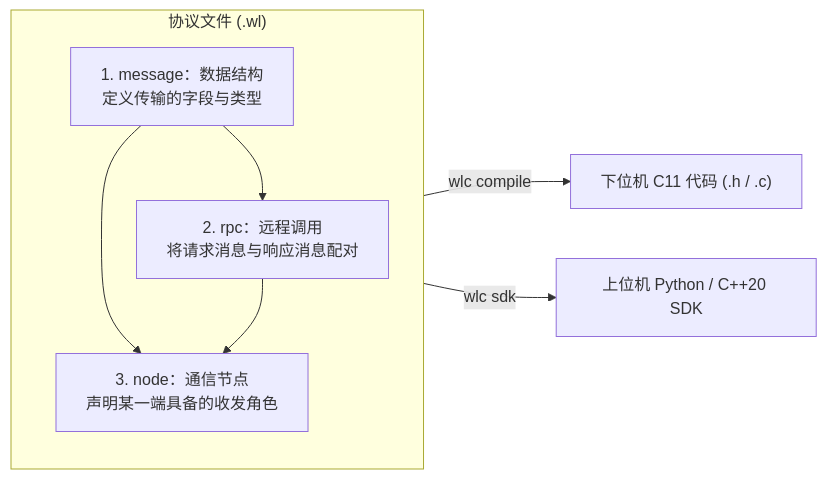
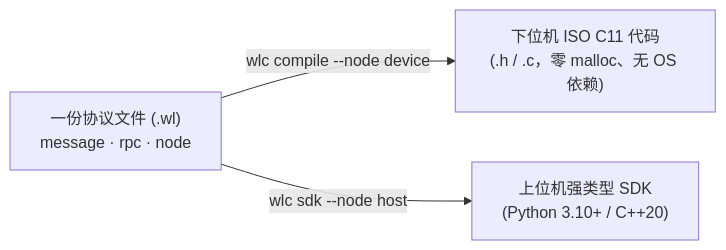
The diagram in site/src/content/docs/zh-cn/overview/what-is-wirelink.mdx (starwey604/wirelink), drawn with Mermaid before and after one commit. The commit also changed other lines of this file and 36 other files, not shown here.

````diff
--- a/site/src/content/docs/zh-cn/overview/what-is-wirelink.mdx
+++ b/site/src/content/docs/zh-cn/overview/what-is-wirelink.mdx
@@ -26,14 +17,6 @@
 ```mermaid
 flowchart LR
-  subgraph WL["协议文件 (.wl)"]
-    direction TB
-    M["1. message：数据结构<br/>定义传输的字段与类型"]
-    R["2. rpc：远程调用<br/>将请求消息与响应消息配对"]
-    N["3. node：通信节点<br/>声明某一端具备的收发角色"]
-    M --> R
-    M --> N
-    R --> N
-  end
-  WL -->|"wlc compile"| MCU["下位机 C11 代码 (.h / .c)"]
-  WL -->|"wlc sdk"| Host["上位机 Python / C++20 SDK"]
+  WL["一份协议文件 (.wl)<br/>message · rpc · node"]
+  WL -->|"wlc compile --node device"| MCU["下位机 ISO C11 代码<br/>(.h / .c，零 malloc、无 OS 依赖)"]
+  WL -->|"wlc sdk --node host"| Host["上位机强类型 SDK<br/>(Python 3.10+ / C++20)"]
 ```
````
